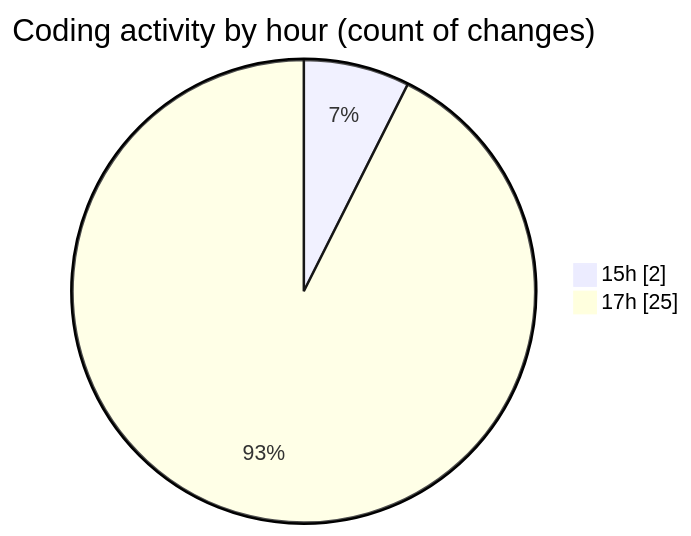
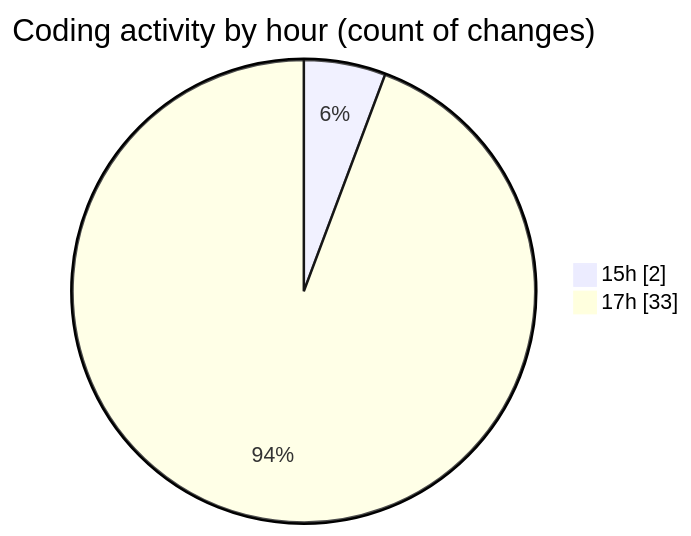
Before and after one commit to momahboobian/code-tracking: the second of 2 diagrams in 2025-05-06/samplepdf/README.md, drawn with Mermaid. The commit also changed other lines of this file and 1 other file, not shown here.

````diff
--- a/2025-05-06/samplepdf/README.md
+++ b/2025-05-06/samplepdf/README.md
@@ -39,6 +39,6 @@
 ```mermaid
 pie showData
 title Coding activity by hour (count of changes)
 "15h" : 2
-"17h" : 25
+"17h" : 33
 ```
````
